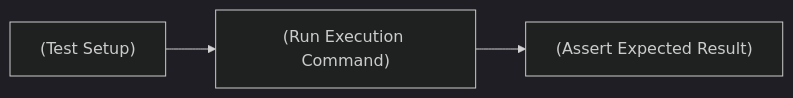
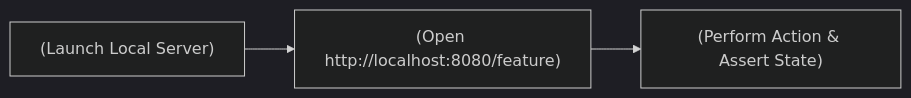
One commit to pato-byepaper/agentic-engineering changed the second of 2 diagrams in .agents/skills/git-publisher/resources/pr_template.md. Above: the diagram before and after it, drawn with Mermaid (dark theme). The commit also changed other lines of this file, not shown here.

Commit message:
feat(git-publisher): add UI validation guidelines and local preview link to pr template

````diff
--- a/.agents/skills/git-publisher/resources/pr_template.md
+++ b/.agents/skills/git-publisher/resources/pr_template.md
@@ -15,4 +15,4 @@
 ```mermaid
 flowchart LR
-    T1["(Test Setup)"] --> T2["(Run Execution Command)"] --> T3["(Assert Expected Result)"]
+    T1["(Launch Local Server)"] --> T2["(Open http://localhost:8080/feature)"] --> T3["(Perform Action & Assert State)"]
 ```
````
